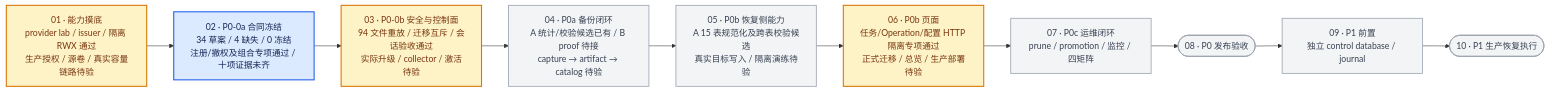
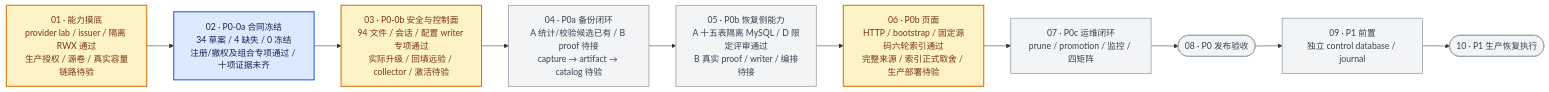
The diagram in docs/system-backup-development-flow.md (Li-Day-Day/ClawManager), drawn with Mermaid before and after one commit. The commit also changed other lines of this file and 590 other files, not shown here.

````diff
--- a/docs/system-backup-development-flow.md
+++ b/docs/system-backup-development-flow.md
@@ -28,22 +29,22 @@
 ```mermaid
 flowchart LR
     S["01 · 能力摸底<br/>provider lab / issuer / 隔离 RWX 通过<br/>生产授权 / 源卷 / 真实容量链路待验"]
     A["02 · P0-0a 合同冻结<br/>34 草案 / 4 缺失 / 0 冻结<br/>注册/撤权及组合专项通过 / 十项证据未齐"]
-    B["03 · P0-0b 安全与控制面<br/>94 文件重放 / 迁移互斥 / 会话验收通过<br/>实际升级 / collector / 激活待验"]
+    B["03 · P0-0b 安全与控制面<br/>94 文件 / 会话 / 配置 writer 专项通过<br/>实际升级 / 回填远验 / collector / 激活待验"]
     C["04 · P0a 备份闭环<br/>A 统计/校验候选已有 / B proof 待接<br/>capture → artifact → catalog 待验"]
-    D["05 · P0b 恢复侧能力<br/>A 15 表规范化及跨表校验候选<br/>真实目标写入 / 隔离演练待验"]
-    U["06 · P0b 页面<br/>任务/Operation/配置 HTTP 隔离专项通过<br/>正式迁移 / 总览 / 生产部署待验"]
+    D["05 · P0b 恢复侧能力<br/>A 十五表隔离 MySQL / D 限定评审通过<br/>B 真实 proof / writer / 编排待接"]
+    U["06 · P0b 页面<br/>HTTP / bootstrap / 固定源码六轮索引通过<br/>完整来源 / 索引正式取舍 / 生产部署待验"]
     E["07 · P0c 运维闭环<br/>prune / promotion / 监控 / 四矩阵"]
     G(["08 · P0 发布验收"])
     J["09 · P1 前置<br/>独立 control database / journal"]
     P(["10 · P1 生产恢复执行"])
 
     S --> A --> B --> C --> D --> U --> E --> G --> J --> P
 
     classDef active fill:#DBEAFE,stroke:#2563EB,stroke-width:2px,color:#172554
     classDef partial fill:#FEF3C7,stroke:#D97706,stroke-width:2px,color:#78350F
     classDef planned fill:#F3F4F6,stroke:#9CA3AF,stroke-width:1.5px,color:#374151
     class A active
     class S,B,U partial
     class C,D,E,G,J,P planned
 ```
````
